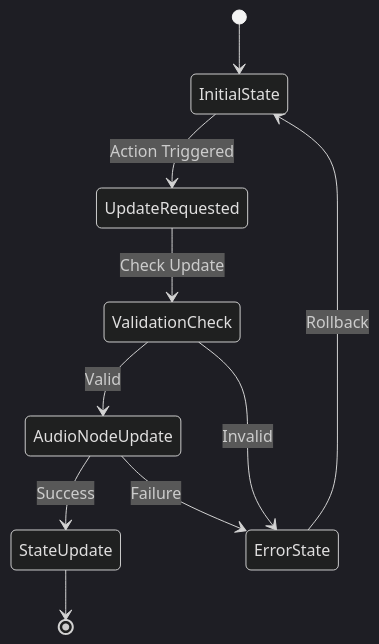
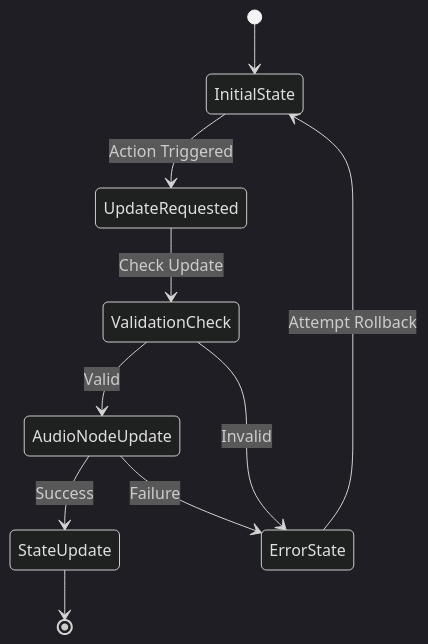
The fifth of 5 diagrams in README.md (yannmazita/daw.ts), drawn with Mermaid (dark theme) before and after one commit. The commit also changed other lines of this file, not shown here.

````diff
--- a/README.md
+++ b/README.md
@@ -89,12 +234,12 @@
 ```mermaid
 stateDiagram-v2
     [*] --> InitialState
     InitialState --> UpdateRequested: Action Triggered
     UpdateRequested --> ValidationCheck: Check Update
     ValidationCheck --> AudioNodeUpdate: Valid
     ValidationCheck --> ErrorState: Invalid
     AudioNodeUpdate --> StateUpdate: Success
     AudioNodeUpdate --> ErrorState: Failure
     StateUpdate --> [*]
-    ErrorState --> InitialState: Rollback
+    ErrorState --> InitialState: Attempt Rollback
 ```
````
